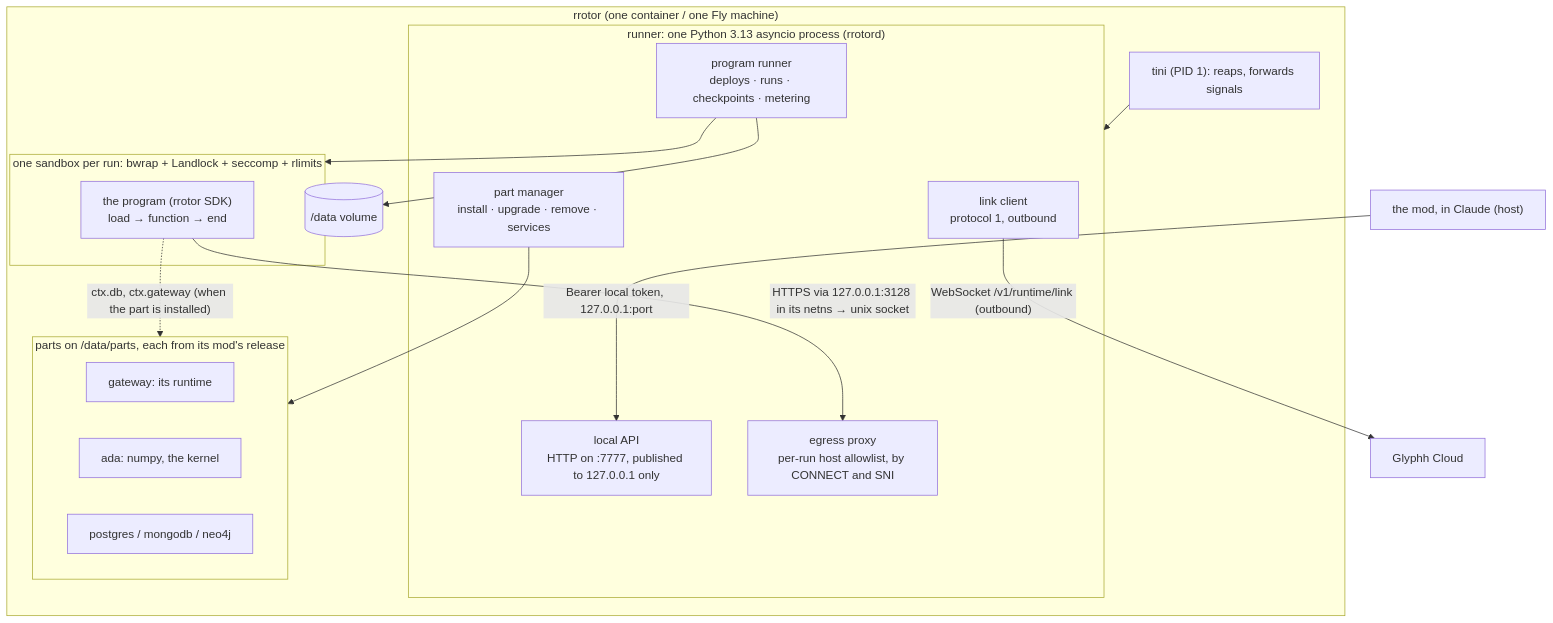
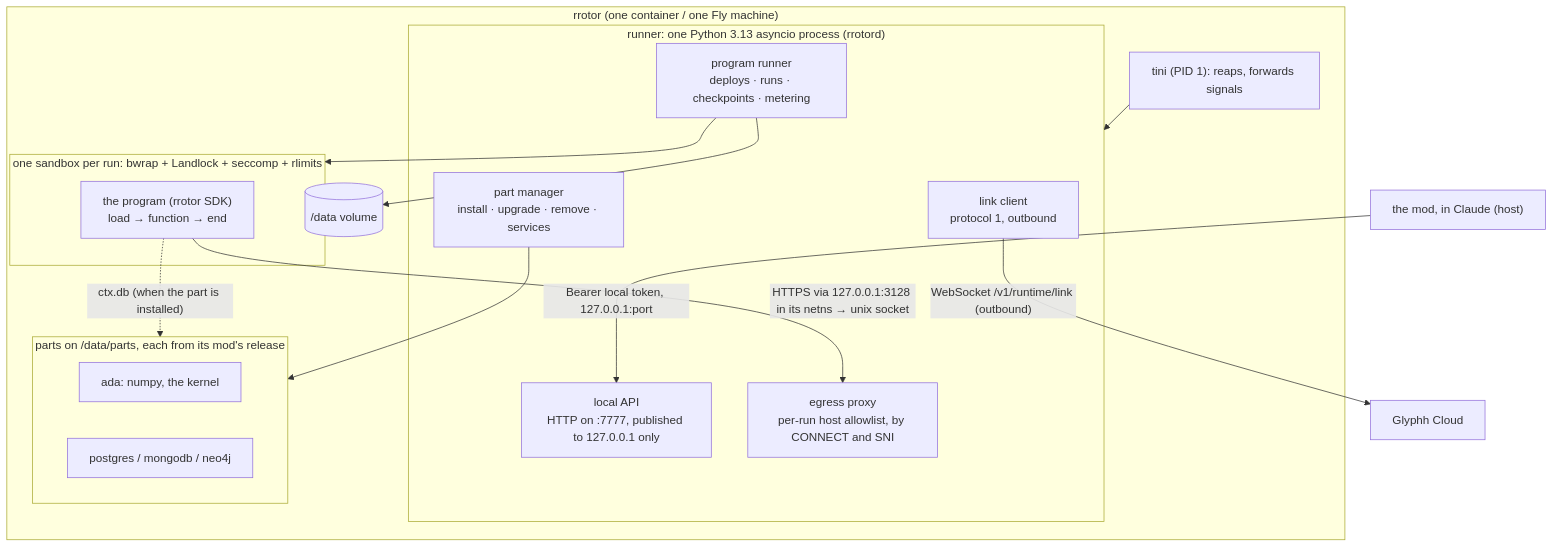
Before and after one commit to glyphh-ai/rrotor: diagram 12 of 13 in docs/architecture.md, drawn with Mermaid. The commit also changed other lines of this file and 13 other files, not shown here.

First line of the commit message:
Programs and Gateway go; rrotor is Ada's runtime

````diff
--- a/docs/architecture.md
+++ b/docs/architecture.md
@@ -457,32 +458,31 @@
 ```mermaid
 flowchart TB
     subgraph R["rrotor (one container / one Fly machine)"]
         Tini["tini (PID 1): reaps, forwards signals"]
         subgraph Runner["runner: one Python 3.13 asyncio process (rrotord)"]
             Link["link client<br/>protocol 1, outbound"]
             Local["local API<br/>HTTP on :7777, published to 127.0.0.1 only"]
             Engine["program runner<br/>deploys · runs · checkpoints · metering"]
             Proxy["egress proxy<br/>per-run host allowlist, by CONNECT and SNI"]
             Parts["part manager<br/>install · upgrade · remove · services"]
         end
         subgraph Sandbox["one sandbox per run: bwrap + Landlock + seccomp + rlimits"]
             Prog["the program (rrotor SDK)<br/>load → function → end"]
         end
         subgraph PartsBox["parts on /data/parts, each from its mod's release"]
-            PGateway["gateway: its runtime"]
             PAda["ada: numpy, the kernel"]
             PDB["postgres / mongodb / neo4j"]
         end
         Data[("/data volume")]
         Tini --> Runner
         Engine --> Sandbox
         Parts --> PartsBox
         Prog -- "HTTPS via 127.0.0.1:3128 in its netns → unix socket" --> Proxy
-        Prog -. "ctx.db, ctx.gateway (when the part is installed)" .-> PartsBox
+        Prog -. "ctx.db (when the part is installed)" .-> PartsBox
         Engine --> Data
     end
     Mod["the mod, in Claude (host)"]
     Cloud["Glyphh Cloud"]
     Link -- "WebSocket /v1/runtime/link (outbound)" --> Cloud
     Mod -- "Bearer local token, 127.0.0.1:port" --> Local
 ```
````
